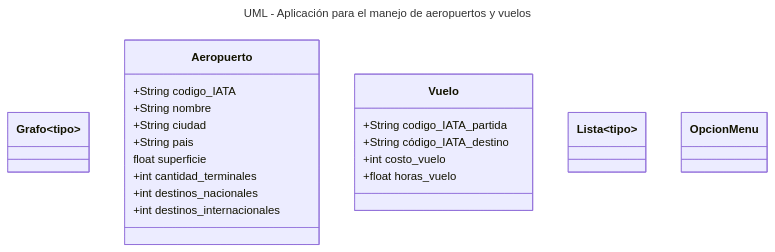
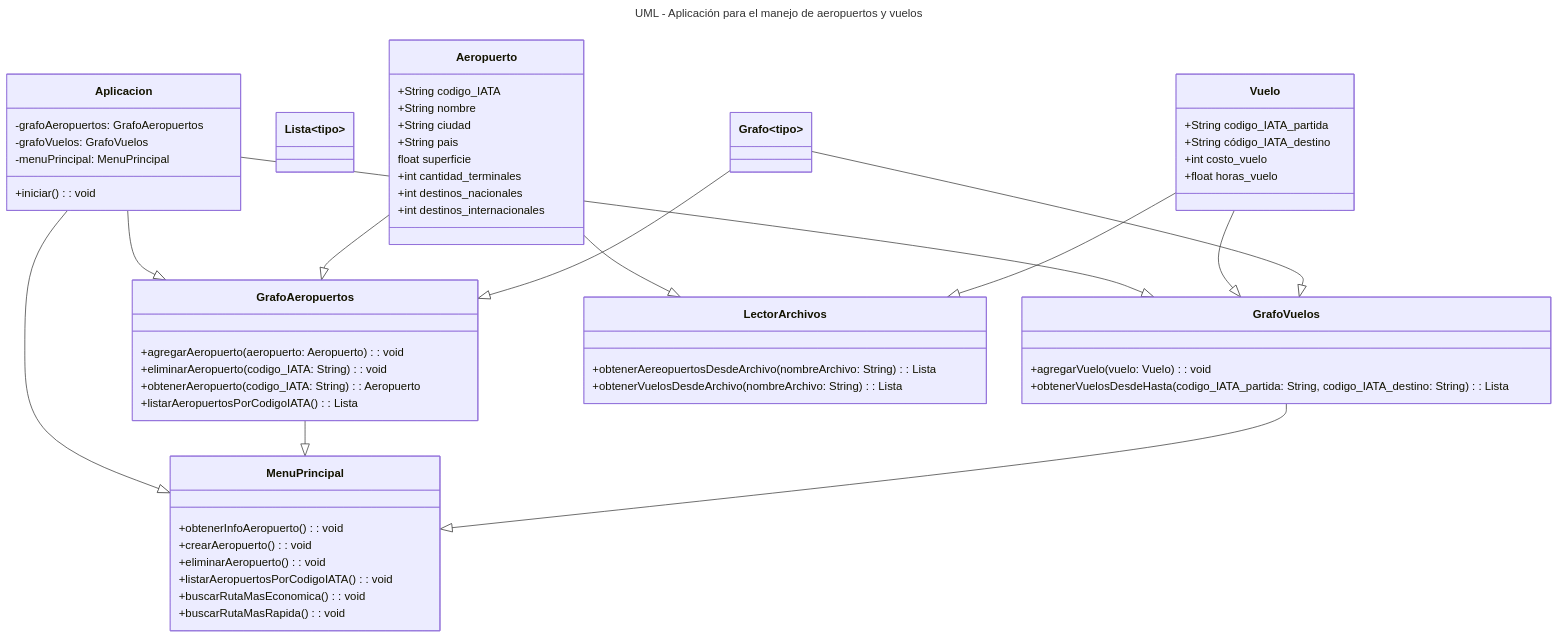
One commit to Algoritmos-2023c2-Grupo1/tp-final changed the diagram in README.md. Above: the diagram before and after it, drawn with Mermaid. The commit also changed 2 other files, not shown here.

Commit message:
Add files and UML progress

````diff
--- a/README.md
+++ b/README.md
@@ -96,31 +96,80 @@
 ```mermaid
 ---
 title: UML - Aplicación para el manejo de aeropuertos y vuelos
 ---
+
 classDiagram
     class Grafo~tipo~ {
 
     }
+    
+    class Lista~tipo~ {
+
+    }
+
     class Aeropuerto {
         +String codigo_IATA 
         +String nombre 
         +String ciudad 
         +String pais 
         float superficie 
         +int cantidad_terminales 
         +int destinos_nacionales 
         +int destinos_internacionales
     }
+
     class Vuelo {
         +String codigo_IATA_partida 
         +String código_IATA_destino 
         +int costo_vuelo 
         +float horas_vuelo
     }
-    class Lista~tipo~ {
+    
+    class GrafoAeropuertos {
+        +agregarAeropuerto(aeropuerto: Aeropuerto): void
+        +eliminarAeropuerto(codigo_IATA: String): void
+        +obtenerAeropuerto(codigo_IATA: String): Aeropuerto
+        +listarAeropuertosPorCodigoIATA(): Lista<Aeropuerto>
+    }
 
+    class GrafoVuelos {
+        +agregarVuelo(vuelo: Vuelo): void
+        +obtenerVuelosDesdeHasta(codigo_IATA_partida: String, codigo_IATA_destino: String): Lista<Vuelo>
     }
-    class OpcionMenu {
+    
+    class MenuPrincipal {
+        +obtenerInfoAeropuerto(): void
+        +crearAeropuerto(): void
+        +eliminarAeropuerto(): void
+        +listarAeropuertosPorCodigoIATA(): void
+        +buscarRutaMasEconomica(): void
+        +buscarRutaMasRapida(): void
+    }
+    
+    class Aplicacion {
+        -grafoAeropuertos: GrafoAeropuertos
+        -grafoVuelos: GrafoVuelos
+        -menuPrincipal: MenuPrincipal
+        +iniciar(): void
+    }
+    
+    class LectorArchivos {
+        +obtenerAereopuertosDesdeArchivo(nombreArchivo: String): Lista<Aeropuerto>
+        +obtenerVuelosDesdeArchivo(nombreArchivo: String): Lista<Vuelo>
+    }
 
-    }
+    Aplicacion --|> GrafoAeropuertos
+    Aplicacion --|> GrafoVuelos
+    Aplicacion --|> MenuPrincipal
+		
+    Aeropuerto --|> LectorArchivos
+    Aeropuerto --|> GrafoAeropuertos
+    
+    GrafoAeropuertos --|> MenuPrincipal
+    GrafoVuelos --|> MenuPrincipal
+    Vuelo --|> LectorArchivos
+    Vuelo --|> GrafoVuelos
+
+    Grafo --|> GrafoVuelos
+    Grafo --|> GrafoAeropuertos
 ```
````
